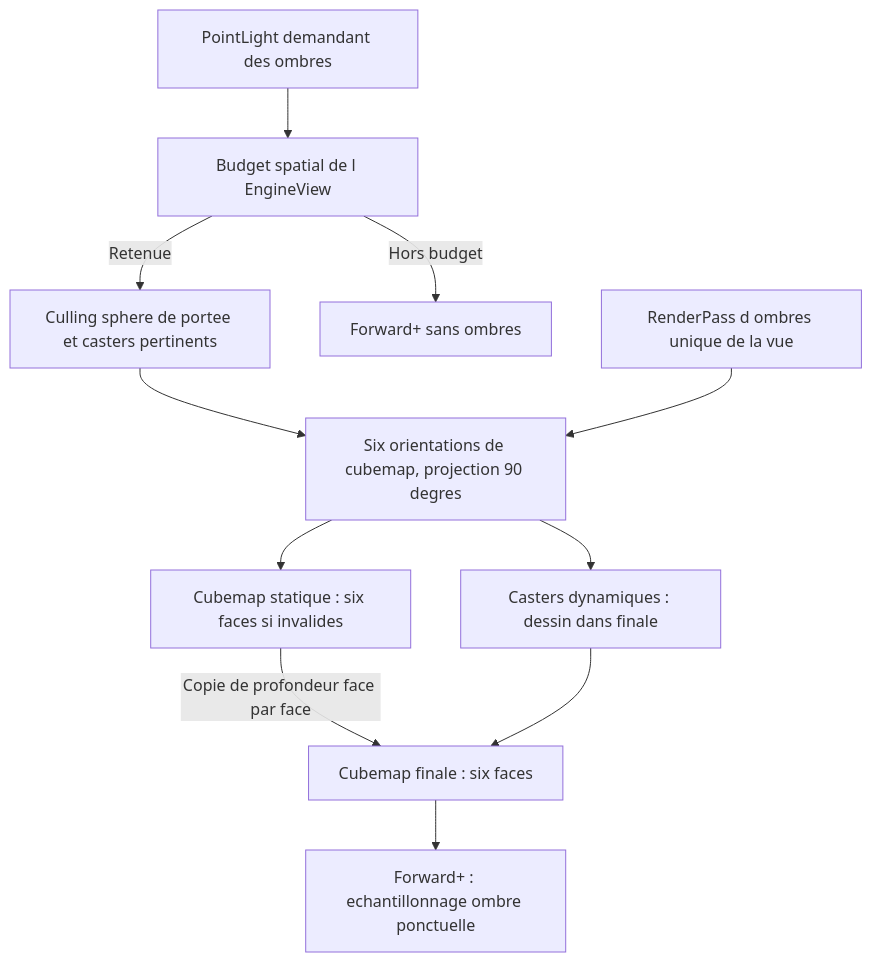
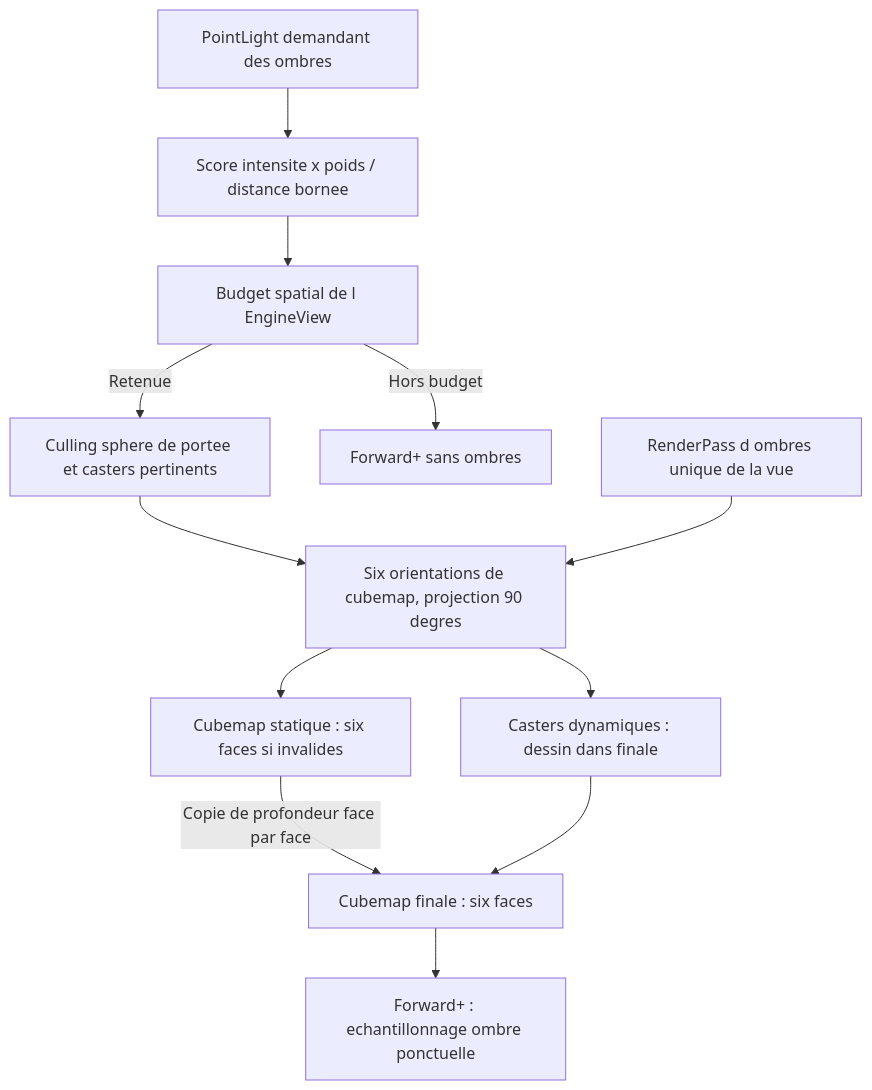
One commit to EreliaStudio/Sparkle changed the ninth of 18 diagrams in docs/voxel-engine-v0.1.4-specification.md. Above: the diagram before and after it, drawn with Mermaid. The commit also changed other lines of this file, not shown here.

Commit message:
docs(v0.1.4): rank point-light shadow candidates by weighted intensity over bounded camera distance

````diff
--- a/docs/voxel-engine-v0.1.4-specification.md
+++ b/docs/voxel-engine-v0.1.4-specification.md
@@ -694,13 +710,14 @@
 ```mermaid
 flowchart TD
-  Point["PointLight demandant des ombres"] --> Limit["Budget spatial de l EngineView"]
+  Point["PointLight demandant des ombres"] --> Score["Score intensite x poids / distance bornee"]
+  Score --> Limit["Budget spatial de l EngineView"]
   Limit -->|"Retenue"| Range["Culling sphere de portee et casters pertinents"]
   Limit -->|"Hors budget"| LightOnly["Forward+ sans ombres"]
   Range --> Faces["Six orientations de cubemap, projection 90 degres"]
   Faces --> Static["Cubemap statique : six faces si invalides"]
   Static -->|"Copie de profondeur face par face"| Final["Cubemap finale : six faces"]
   Faces --> Dyn["Casters dynamiques : dessin dans finale"]
   Dyn --> Final
   Final --> Forward["Forward+ : echantillonnage ombre ponctuelle"]
   ShadowPass["RenderPass d ombres unique de la vue"] --> Faces
 ```
````
